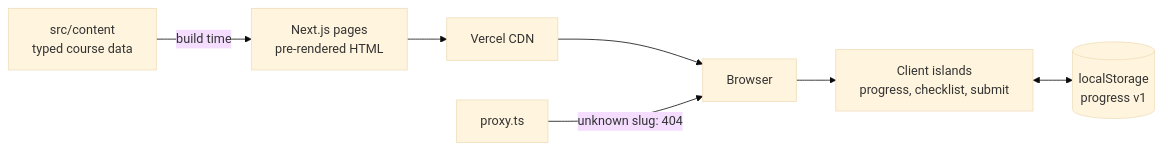
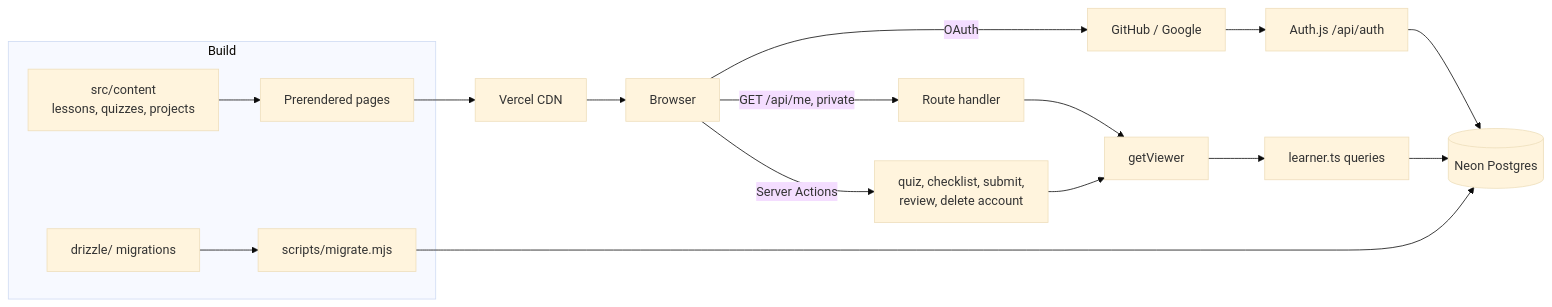
One commit to osamaayub/webdev-path-lms changed the first of 2 diagrams in docs/ARCHITECTURE.md. Above: the diagram before and after it, drawn with Mermaid (base theme). The commit also changed other lines of this file, not shown here.

Commit message:
Architecture: accounts, data model, flows [skip ci]

````diff
--- a/docs/ARCHITECTURE.md
+++ b/docs/ARCHITECTURE.md
@@ -15,9 +15,18 @@
 ```mermaid
 flowchart LR
-  A[src/content<br/>typed course data] -->|build time| B[Next.js pages<br/>pre-rendered HTML]
-  B --> C[Vercel CDN]
-  C --> D[Browser]
-  D --> E[Client islands<br/>progress, checklist, submit]
-  E <--> F[(localStorage<br/>progress v1)]
-  P[proxy.ts] -->|unknown slug: 404| D
+  subgraph Build
+    C[src/content<br/>lessons, quizzes, projects] --> P[Prerendered pages]
+    M[drizzle/ migrations] --> MIG[scripts/migrate.mjs]
+  end
+  P --> CDN[Vercel CDN] --> B[Browser]
+  B -->|GET /api/me, private| API[Route handler]
+  B -->|Server Actions| SA[quiz, checklist, submit,<br/>review, delete account]
+  B -->|OAuth| IDP[GitHub / Google]
+  IDP --> AUTH[Auth.js /api/auth]
+  API --> V[getViewer]
+  SA --> V
+  AUTH --> DB
+  V --> L[learner.ts queries]
+  L --> DB[(Neon Postgres)]
+  MIG --> DB
 ```
````
